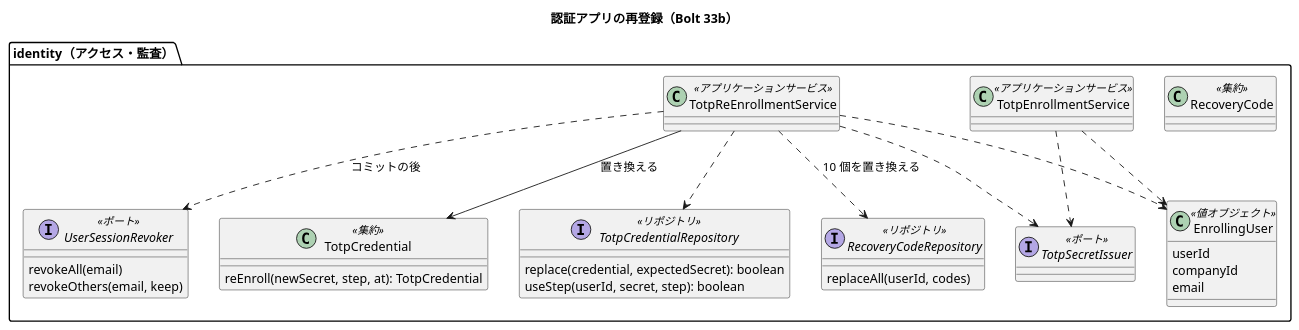
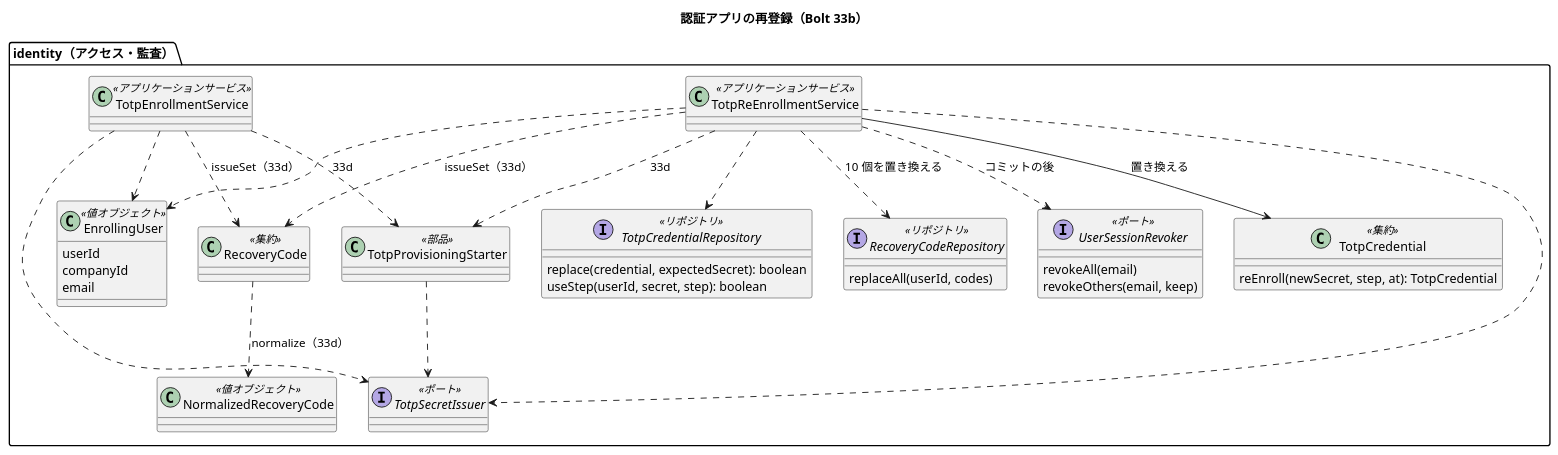
Diagram 14 of 22 in docs/design/cargo-tracker/domain_model.md (k2works/practical-domain-driven-design-in-enterpris-application), drawn with PlantUML before and after one commit. The commit also changed other lines of this file and 9 other files, not shown here.

````diff
--- a/docs/design/cargo-tracker/domain_model.md
+++ b/docs/design/cargo-tracker/domain_model.md
@@ -1070,38 +1072,46 @@
 ```plantuml
 @startuml
 title 認証アプリの再登録（Bolt 33b）
 package "identity（アクセス・監査）" {
   class TotpCredential <<集約>> {
     reEnroll(newSecret, step, at): TotpCredential
   }
   class RecoveryCode <<集約>>
   class EnrollingUser <<値オブジェクト>> {
     userId
     companyId
     email
   }
   interface TotpCredentialRepository <<リポジトリ>> {
     replace(credential, expectedSecret): boolean
     useStep(userId, secret, step): boolean
   }
   interface RecoveryCodeRepository <<リポジトリ>> {
     replaceAll(userId, codes)
   }
   interface UserSessionRevoker <<ポート>> {
     revokeAll(email)
     revokeOthers(email, keep)
   }
   interface TotpSecretIssuer <<ポート>>
+  class NormalizedRecoveryCode <<値オブジェクト>>
+  class TotpProvisioningStarter <<部品>>
   class TotpEnrollmentService <<アプリケーションサービス>>
   class TotpReEnrollmentService <<アプリケーションサービス>>
+  TotpEnrollmentService ..> TotpProvisioningStarter : 33d
+  TotpReEnrollmentService ..> TotpProvisioningStarter : 33d
+  TotpProvisioningStarter ..> TotpSecretIssuer
+  TotpEnrollmentService ..> RecoveryCode : issueSet（33d）
+  TotpReEnrollmentService ..> RecoveryCode : issueSet（33d）
+  RecoveryCode ..> NormalizedRecoveryCode : normalize（33d）
   TotpEnrollmentService ..> EnrollingUser
   TotpReEnrollmentService ..> EnrollingUser
   TotpEnrollmentService ..> TotpSecretIssuer
   TotpReEnrollmentService ..> TotpSecretIssuer
   TotpReEnrollmentService --> TotpCredential : 置き換える
   TotpReEnrollmentService ..> TotpCredentialRepository
   TotpReEnrollmentService ..> RecoveryCodeRepository : 10 個を置き換える
   TotpReEnrollmentService ..> UserSessionRevoker : コミットの後
 }
 @enduml
 ```
````
